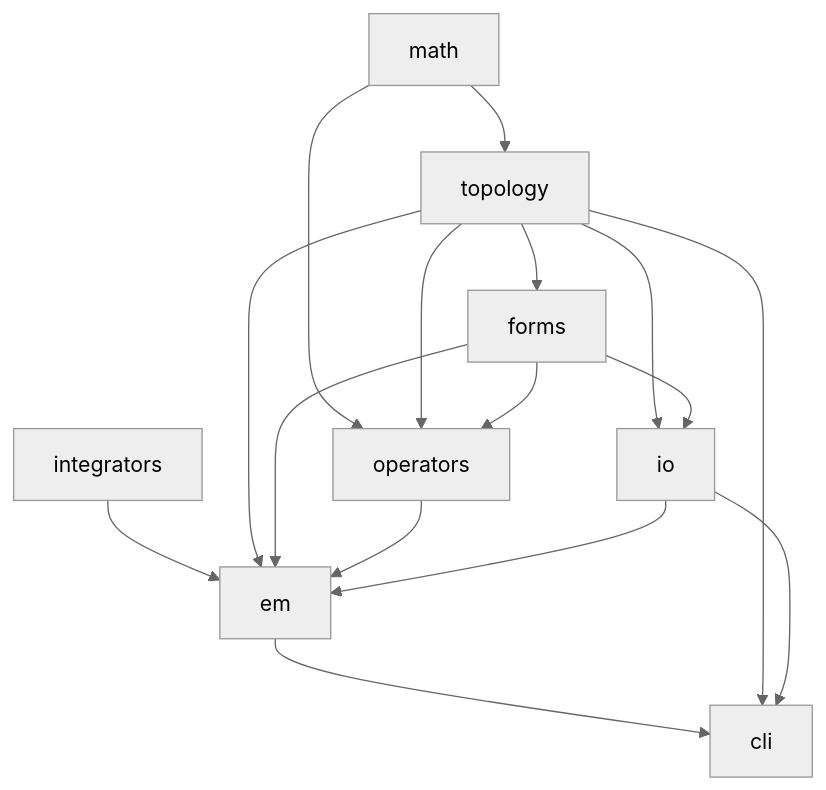
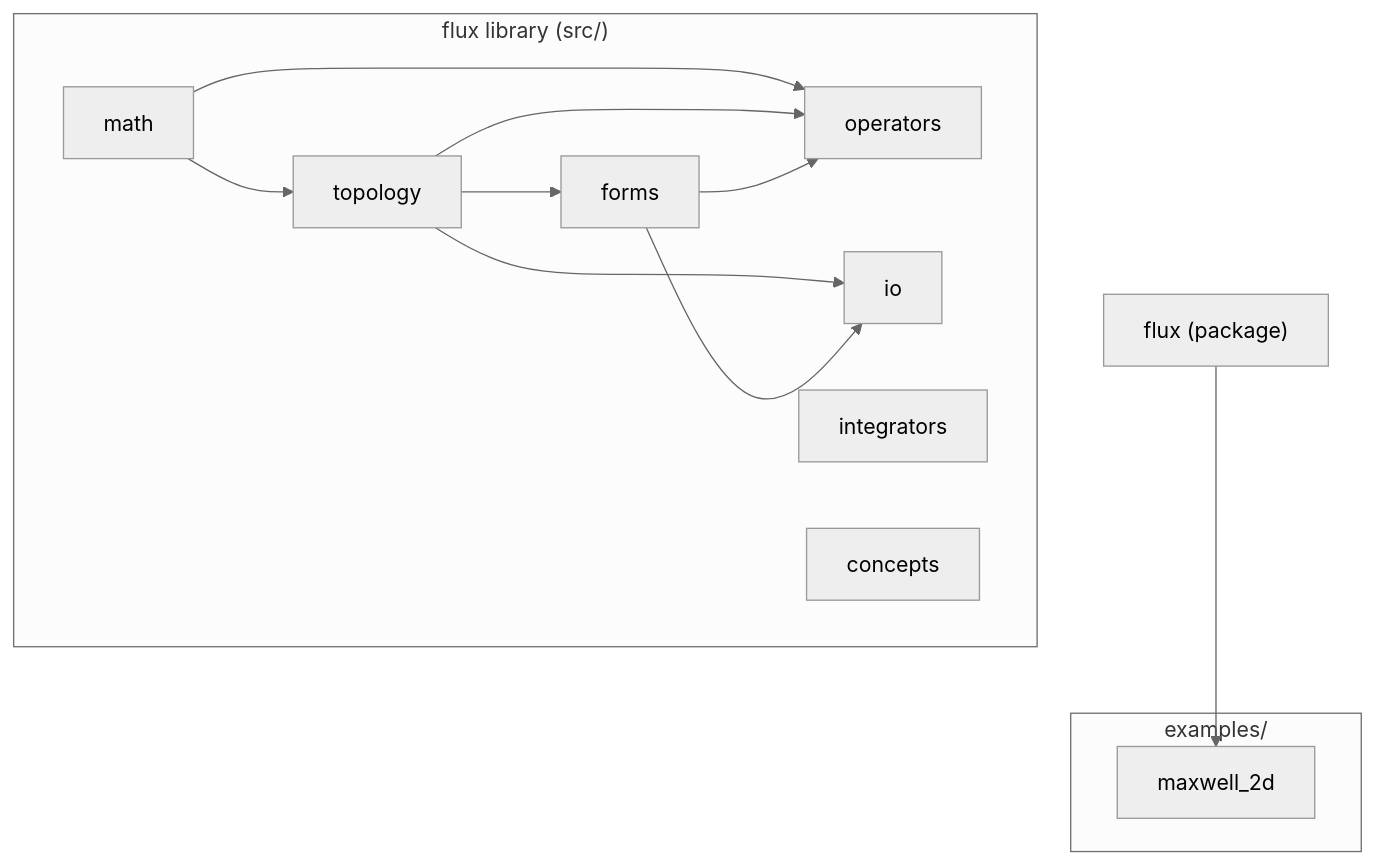
One commit to harnesslabs/flux changed the diagram in project/components.md. Above: the diagram before and after it, drawn with Mermaid (neutral theme). The commit also changed other lines of this file and 9 other files, not shown here.

First line of the commit message:
refactor: extract src/em/ → examples/maxwell_2d/ consuming flux as a Zig package (#113)

````diff
--- a/project/components.md
+++ b/project/components.md
@@ -101,18 +100,26 @@
 ```mermaid
 flowchart TD
     math --> topology
     topology --> forms
     math --> operators
     topology --> operators
     forms --> operators
     topology --> io
     forms --> io
-    integrators --> em
-    topology --> em
-    forms --> em
-    operators --> em
-    io --> em
-    em --> cli
-    topology --> cli
-    io --> cli
+
+    subgraph "flux library (src/)"
+        math
+        topology
+        forms
+        operators
+        io
+        integrators
+        concepts
+    end
+
+    subgraph "examples/"
+        maxwell_2d
+    end
+
+    flux_library["flux (package)"] --> maxwell_2d
 ```
````
